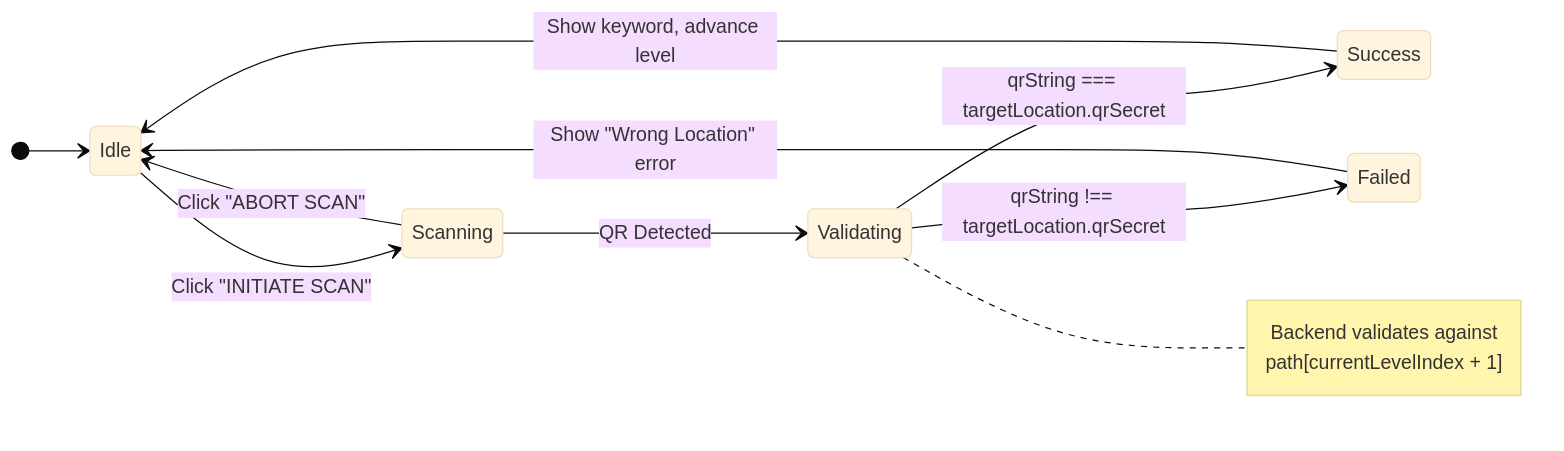
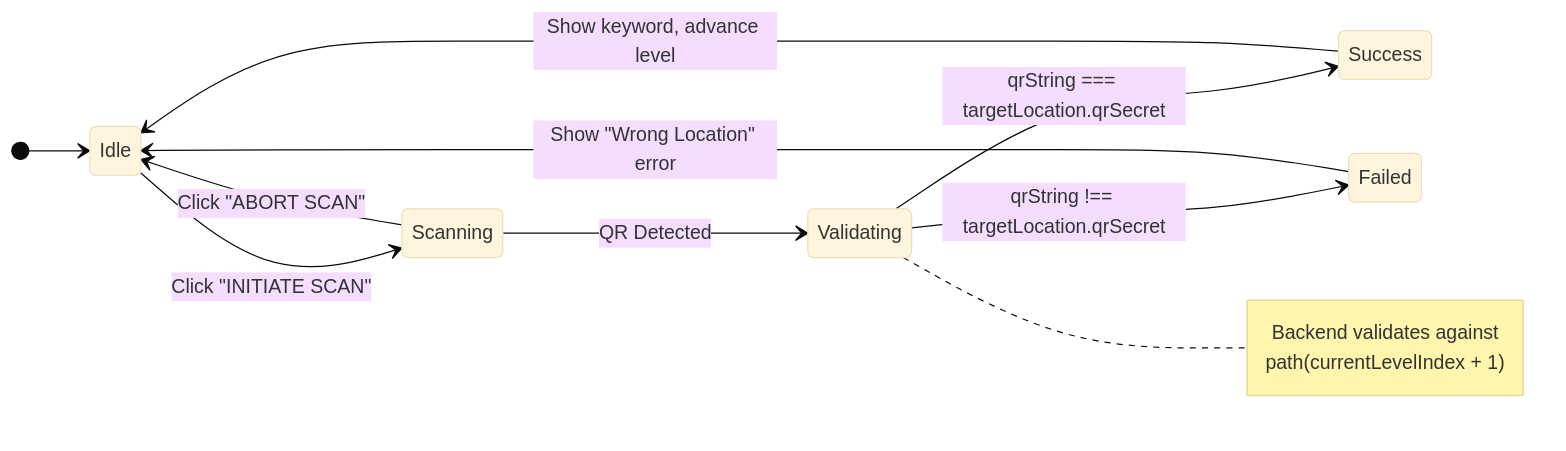
Before and after one commit to prasadbhalerao1/treasureHunt: the third of 8 diagrams in state_machine_diagram.md, drawn with Mermaid (base theme). The commit also changed other lines of this file, not shown here.

Commit message:
Fix mermaid syntax errors in state machine diagram

````diff
--- a/state_machine_diagram.md
+++ b/state_machine_diagram.md
@@ -107,18 +107,18 @@
 ```mermaid
 stateDiagram-v2
     direction LR
 
     [*] --> Idle
 
     Idle --> Scanning : Click "INITIATE SCAN"
     Scanning --> Validating : QR Detected
     Scanning --> Idle : Click "ABORT SCAN"
 
     Validating --> Success : qrString === targetLocation.qrSecret
     Validating --> Failed : qrString !== targetLocation.qrSecret
 
     Success --> Idle : Show keyword, advance level
     Failed --> Idle : Show "Wrong Location" error
 
-    note right of Validating : Backend validates against<br/>path[currentLevelIndex + 1]
+    note right of Validating : Backend validates against<br/>path(currentLevelIndex + 1)
 ```
````
